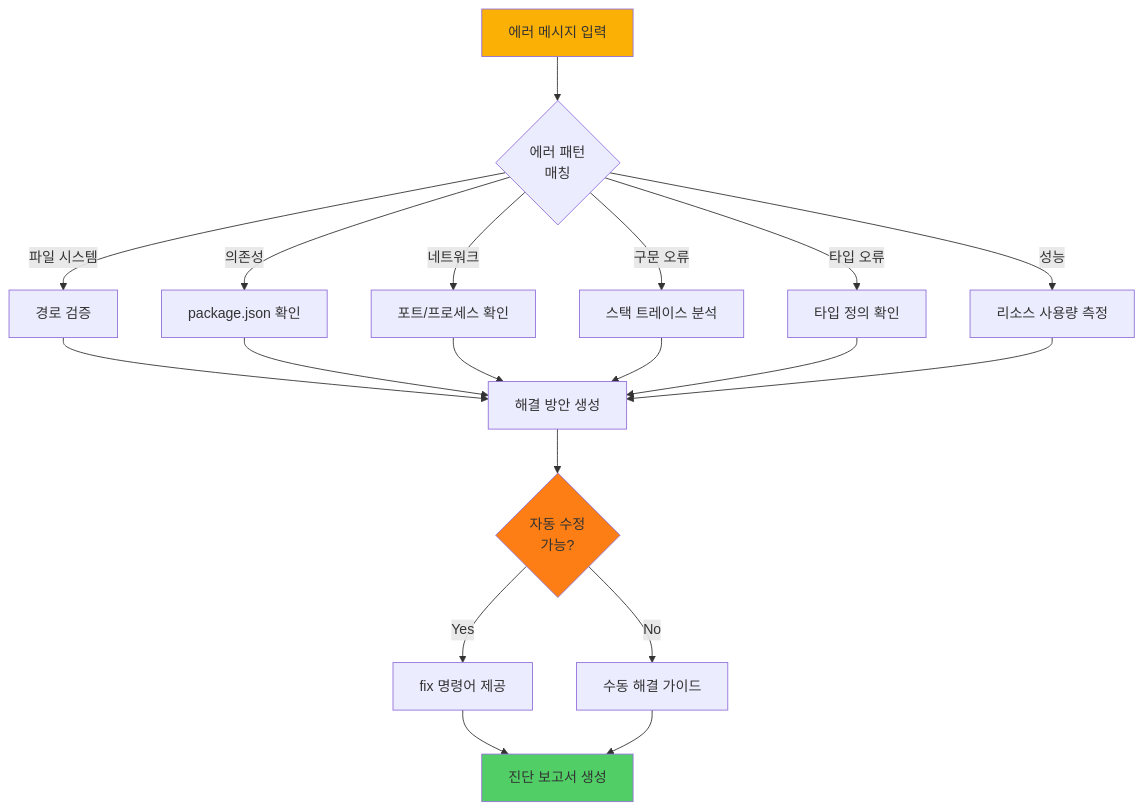
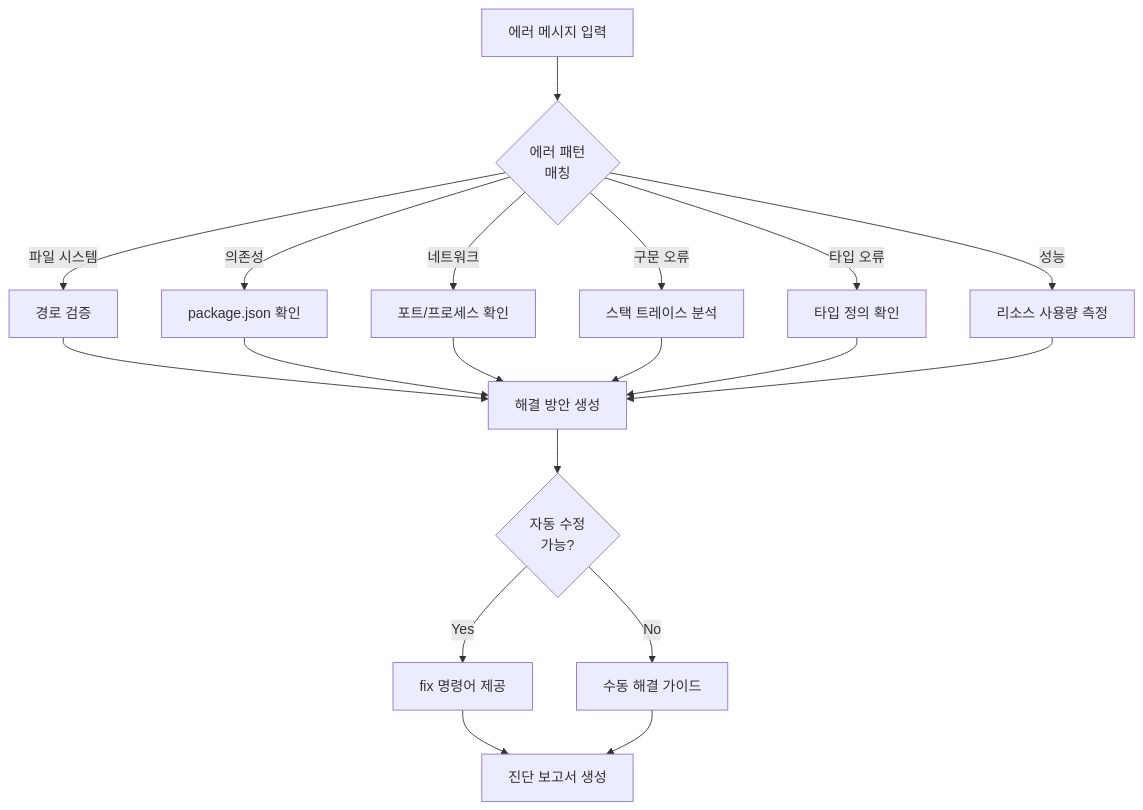
Before and after one commit to modu-ai/moai-adk: the first of 3 diagrams in docs/claude/agents/debug-helper.md, drawn with Mermaid. The commit also changed other lines of this file and 299 other files, not shown here.

First line of the commit message:
🎨 feat: Mermaid 다크/라이트 테마 대응 + trust-checker 통합

````diff
--- a/docs/claude/agents/debug-helper.md
+++ b/docs/claude/agents/debug-helper.md
@@ -61,30 +61,27 @@
 ```mermaid
 flowchart TD
     A[에러 메시지 입력] --> B{에러 패턴<br/>매칭}
 
     B -->|파일 시스템| C[경로 검증]
     B -->|의존성| D[package.json 확인]
     B -->|네트워크| E[포트/프로세스 확인]
     B -->|구문 오류| F[스택 트레이스 분석]
     B -->|타입 오류| G[타입 정의 확인]
     B -->|성능| H[리소스 사용량 측정]
 
     C --> I[해결 방안 생성]
     D --> I
     E --> I
     F --> I
     G --> I
     H --> I
 
     I --> J{자동 수정<br/>가능?}
 
     J -->|Yes| K[fix 명령어 제공]
     J -->|No| L[수동 해결 가이드]
 
     K --> M[진단 보고서 생성]
     L --> M
 
-    style A fill:#fab005
-    style J fill:#fd7e14
-    style M fill:#51cf66
 ```
````
